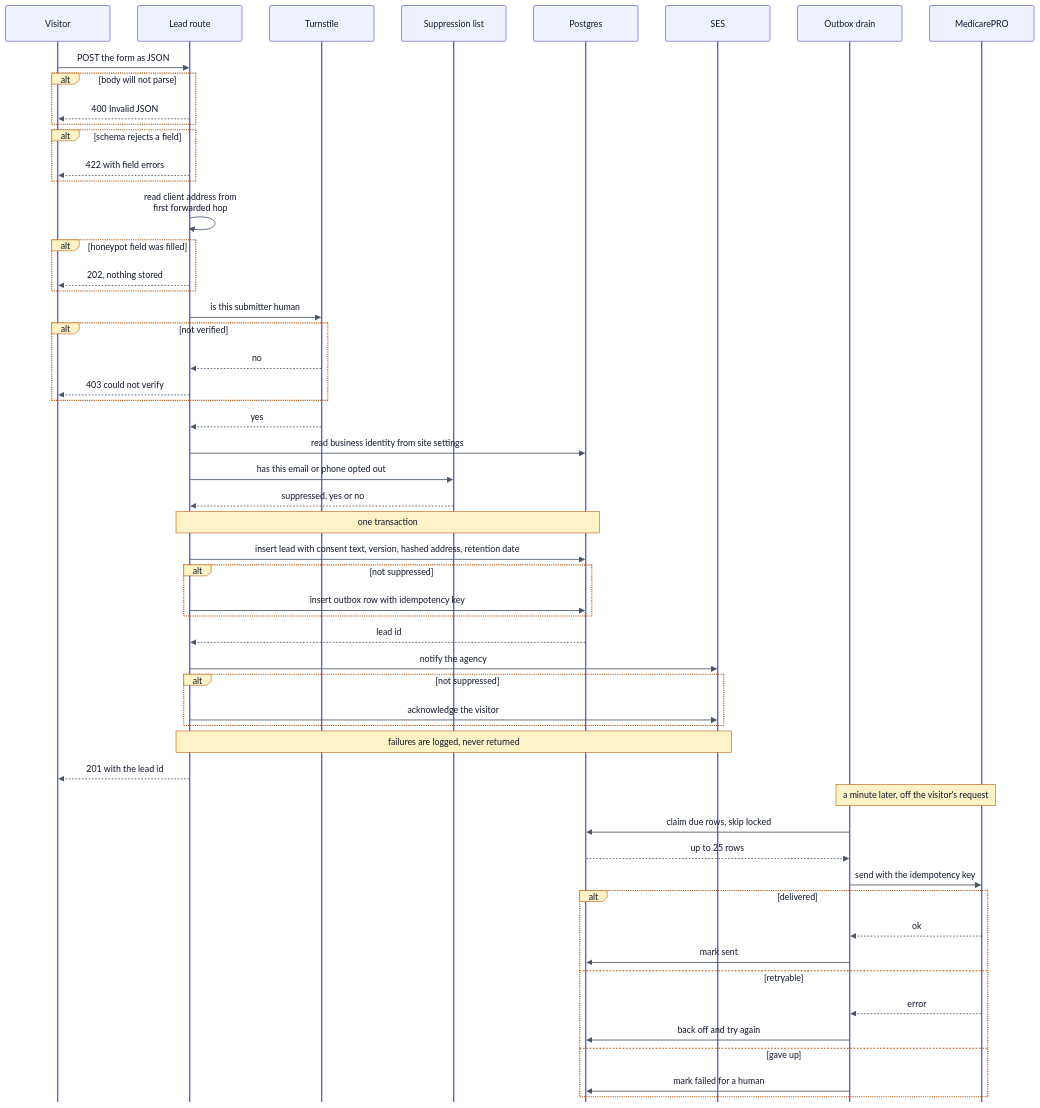
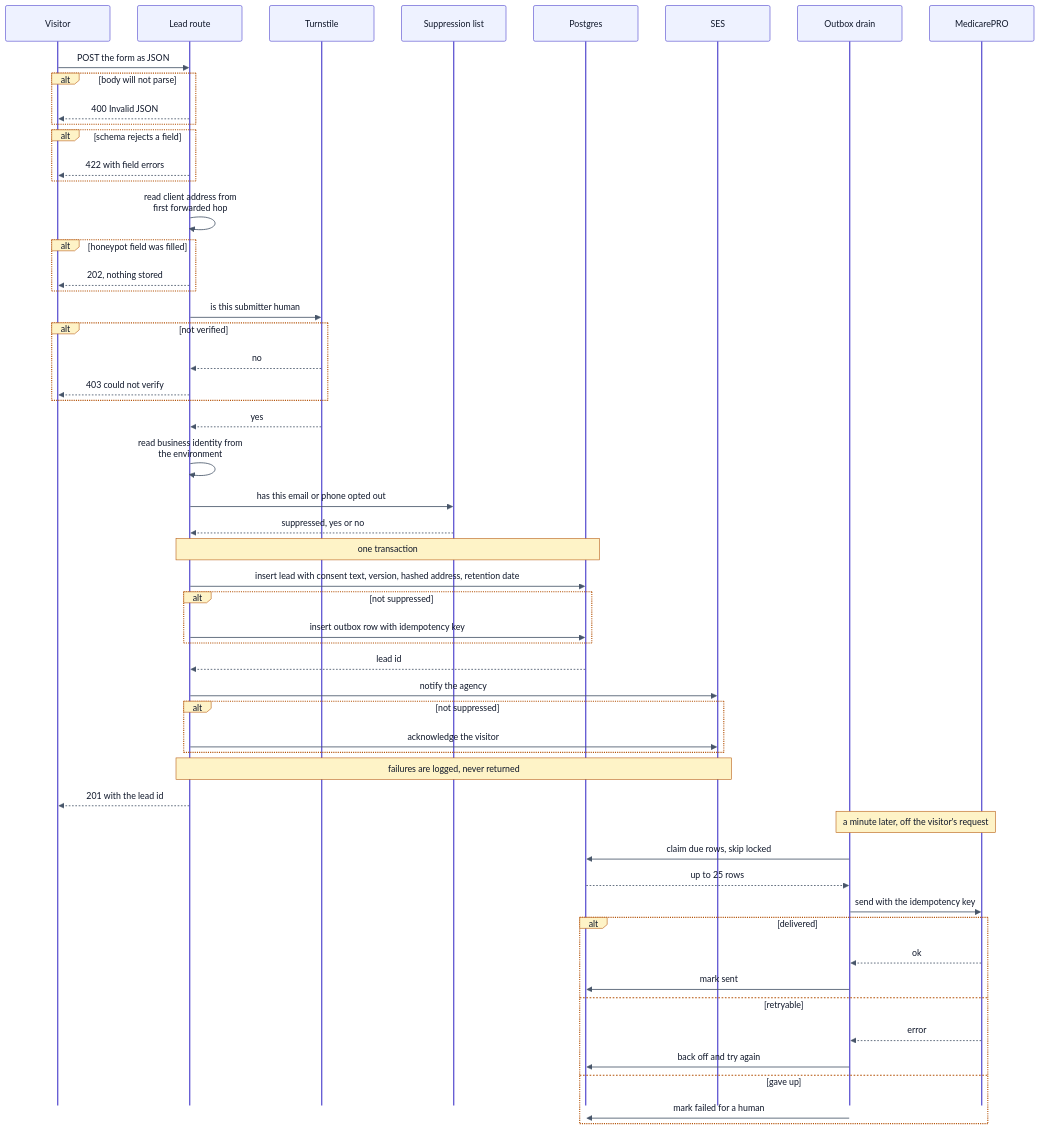
Before and after one commit to marc-mccarthy/legacy-benefits-mn: the diagram in docs/diagrams/D3-lead-lifecycle.mmd, drawn with Mermaid. The commit also changed 1263 other files, not shown here.

```diff
--- a/docs/diagrams/D3-lead-lifecycle.mmd
+++ b/docs/diagrams/D3-lead-lifecycle.mmd
@@ -1,75 +1,76 @@
 %%{init: {"theme":"base","themeVariables":{"fontFamily":"Helvetica Neue, Helvetica, Arial, sans-serif","fontSize":"16px","textColor":"#0F172A","background":"#FFFFFF","lineColor":"#475569","mainBkg":"#EFF6FF","nodeBorder":"#1D4ED8","primaryColor":"#EFF6FF","primaryBorderColor":"#1D4ED8","primaryTextColor":"#0F172A","secondaryColor":"#F1F5F9","secondaryBorderColor":"#475569","secondaryTextColor":"#0F172A","tertiaryColor":"#F8FAFC","tertiaryBorderColor":"#CBD5E1","tertiaryTextColor":"#0F172A","clusterBkg":"#F8FAFC","clusterBorder":"#CBD5E1","edgeLabelBackground":"#FFFFFF","actorBkg":"#EEF2FF","actorBorder":"#4338CA","actorTextColor":"#0F172A","signalColor":"#475569","signalTextColor":"#0F172A","noteBkgColor":"#FEF3C7","noteBorderColor":"#B45309","noteTextColor":"#0F172A","activationBkgColor":"#ECFDF5","activationBorderColor":"#047857","labelBoxBkgColor":"#FEF3C7","labelBoxBorderColor":"#B45309","sequenceNumberColor":"#FFFFFF"},"flowchart":{"htmlLabels":false,"curve":"basis","nodeSpacing":45,"rankSpacing":60,"padding":12},"sequence":{"useMaxWidth":false,"htmlLabels":false,"mirrorActors":false,"wrap":true,"width":190}}}%%
 sequenceDiagram
 accTitle: What happens to a contact form submission, from the click to the CRM
 accDescr {
   A left-to-right sequence for one lead. The form posts JSON to the lead route.
   The route rejects unparseable bodies, then rejects a body that fails the schema.
   It reads the client address from the first hop of the forwarded-for header. A
   filled honeypot field is accepted with a success status and nothing is stored,
   so a bot learns nothing from the response. Turnstile is asked whether the
   submitter is human and a failure is rejected. The business identity is read from
-  site settings, because the consent text has to name the specific business. The
+  the environment, because the consent text has to name the specific business, and
+  a missing BUSINESS_NAME throws rather than resolving to a default. The
   capture step checks the suppression list first, then opens one transaction: the
   lead row is inserted with the consent text regenerated on the server, the
   disclosure version, a hashed address and a retention date ten years out. Only if
   the person is not suppressed is an outbox row inserted in that same transaction.
   Email is best effort and its failures are swallowed, because the lead is already
   committed. The visitor gets a created response either way. Delivery happens
   later: a host timer posts to the job route once a minute, which claims due rows
   and sends them to the CRM.
 }
 
 participant V as Visitor
 participant R as Lead route
 participant T as Turnstile
 participant S as Suppression list
 participant DB as Postgres
 participant M as SES
 participant J as Outbox drain
 participant C as MedicarePRO
 
 V->>R: POST the form as JSON
 alt body will not parse
   R-->>V: 400 Invalid JSON
 end
 alt schema rejects a field
   R-->>V: 422 with field errors
 end
 R->>R: read client address from first forwarded hop
 alt honeypot field was filled
   R-->>V: 202, nothing stored
 end
 R->>T: is this submitter human
 alt not verified
   T-->>R: no
   R-->>V: 403 could not verify
 end
 T-->>R: yes
-R->>DB: read business identity from site settings
+R->>R: read business identity from the environment
 R->>S: has this email or phone opted out
 S-->>R: suppressed, yes or no
 Note over R,DB: one transaction
 R->>DB: insert lead with consent text, version, hashed address, retention date
 alt not suppressed
   R->>DB: insert outbox row with idempotency key
 end
 DB-->>R: lead id
 R->>M: notify the agency
 alt not suppressed
   R->>M: acknowledge the visitor
 end
 Note over R,M: failures are logged, never returned
 R-->>V: 201 with the lead id
 Note over J,C: a minute later, off the visitor's request
 J->>DB: claim due rows, skip locked
 DB-->>J: up to 25 rows
 J->>C: send with the idempotency key
 alt delivered
   C-->>J: ok
   J->>DB: mark sent
 else retryable
   C-->>J: error
   J->>DB: back off and try again
 else gave up
   J->>DB: mark failed for a human
 end
```
